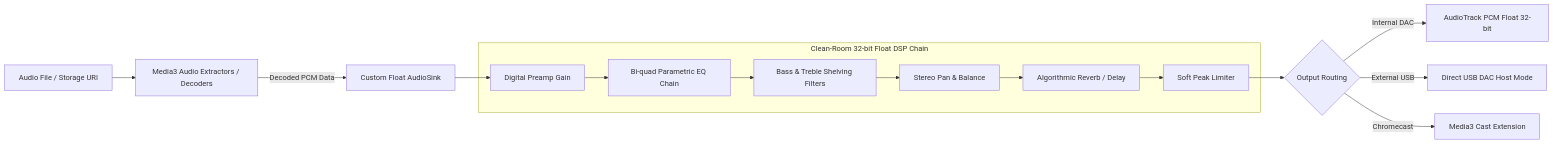
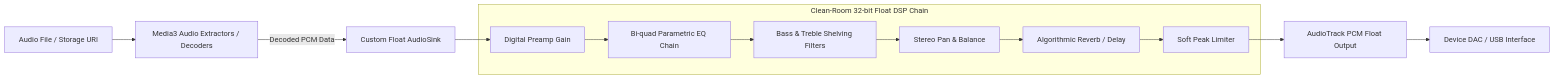
One commit to mefahim/MIORA changed the second of 3 diagrams in research/10-INDEPENDENT-ARCHITECTURE.md. Above: the diagram before and after it, drawn with Mermaid. The commit also changed other lines of this file and 12 other files, not shown here.

````diff
--- a/research/10-INDEPENDENT-ARCHITECTURE.md
+++ b/research/10-INDEPENDENT-ARCHITECTURE.md
@@ -87,19 +135,17 @@
 ```mermaid
 flowchart LR
     File[Audio File / Storage URI] --> Extractor[Media3 Audio Extractors / Decoders]
     Extractor -->|Decoded PCM Data| AudioSink[Custom Float AudioSink]
     
     subgraph DSP["Clean-Room 32-bit Float DSP Chain"]
         Preamp[Digital Preamp Gain] --> EQ[Bi-quad Parametric EQ Chain]
         EQ --> Tone[Bass & Treble Shelving Filters]
         Tone --> Balance[Stereo Pan & Balance]
         Balance --> Reverb[Algorithmic Reverb / Delay]
         Reverb --> Limiter[Soft Peak Limiter]
     end
 
     AudioSink --> Preamp
-    Limiter --> OutputRoute{Output Routing}
-    OutputRoute -->|Internal DAC| AT[AudioTrack PCM Float 32-bit]
-    OutputRoute -->|External USB| USB[Direct USB DAC Host Mode]
-    OutputRoute -->|Chromecast| Cast[Media3 Cast Extension]
+    Limiter --> SinkOut[AudioTrack PCM Float Output]
+    SinkOut --> DAC[Device DAC / USB Interface]
 ```
````
